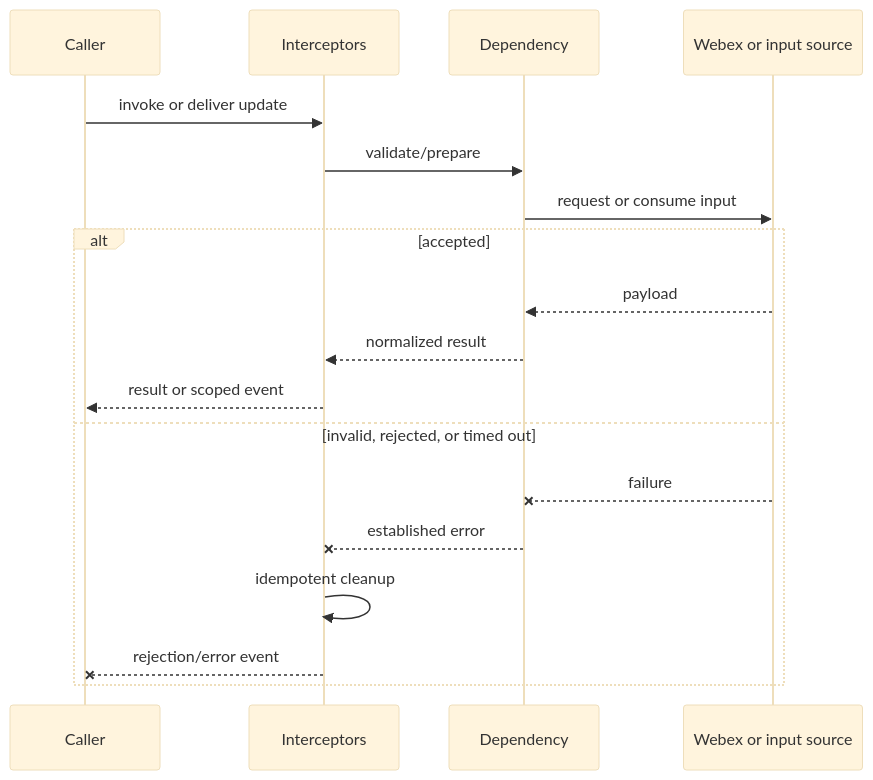
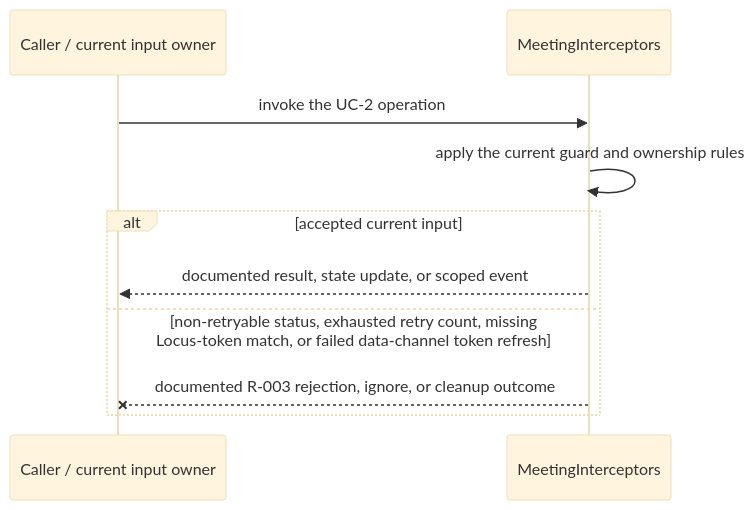
Before and after one commit to webex/webex-js-sdk: the third of 4 diagrams in packages/@webex/plugin-meetings/src/interceptors/ai-docs/interceptors-spec.md, drawn with Mermaid (base theme). The commit also changed other lines of this file and 26 other files, not shown here.

````diff
--- a/packages/@webex/plugin-meetings/src/interceptors/ai-docs/interceptors-spec.md
+++ b/packages/@webex/plugin-meetings/src/interceptors/ai-docs/interceptors-spec.md
@@ -122,20 +147,12 @@
 ```mermaid
 sequenceDiagram
-  participant C as Caller
-  participant M as Interceptors
-  participant D as Dependency
-  participant W as Webex or input source
-  C->>M: invoke or deliver update
-  M->>D: validate/prepare
-  D->>W: request or consume input
-  alt accepted
-    W-->>D: payload
-    D-->>M: normalized result
-    M-->>C: result or scoped event
-  else invalid, rejected, or timed out
-    W--xD: failure
-    D--xM: established error
-    M->>M: idempotent cleanup
-    M--xC: rejection/error event
+  participant C as Caller / current input owner
+  participant M as MeetingInterceptors
+  C->>M: invoke the UC-2 operation
+  M->>M: apply the current guard and ownership rules
+  alt accepted current input
+    M-->>C: documented result, state update, or scoped event
+  else non-retryable status, exhausted retry count, missing Locus-token match, or failed data-channel token refresh
+    M--xC: documented R-003 rejection, ignore, or cleanup outcome
   end
 ```
````
